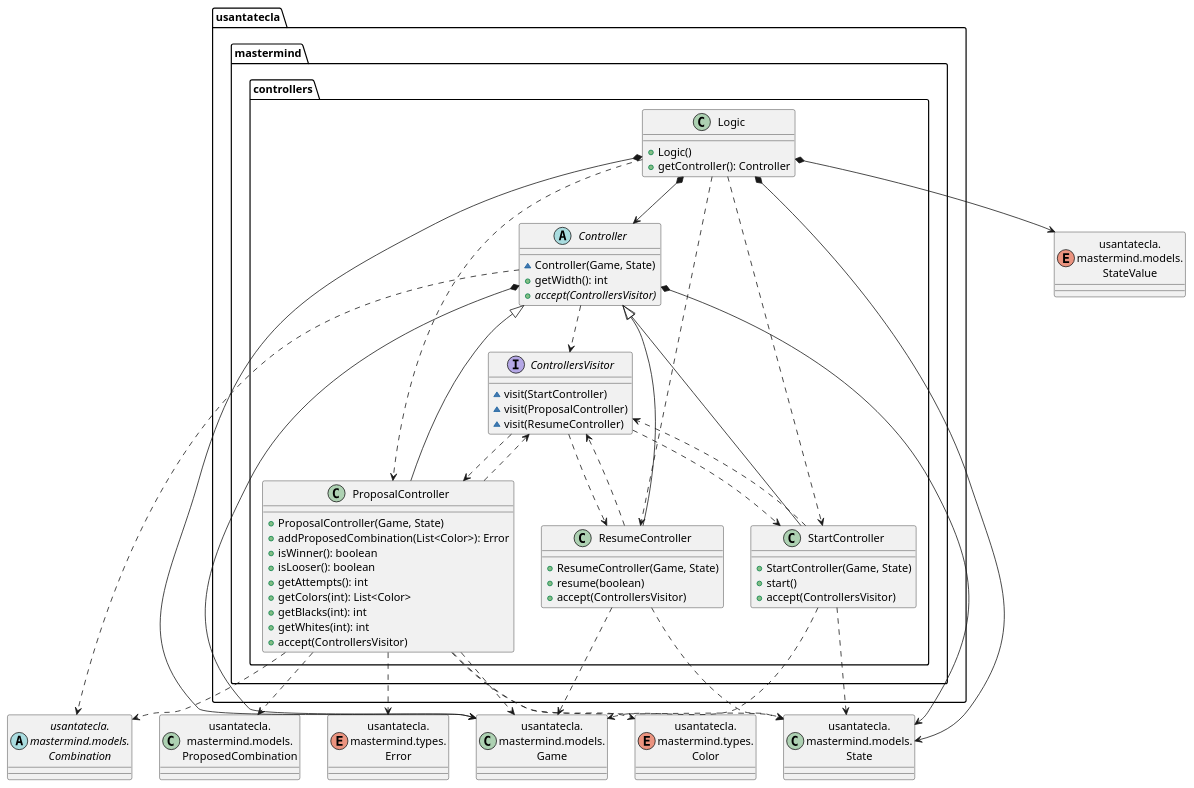
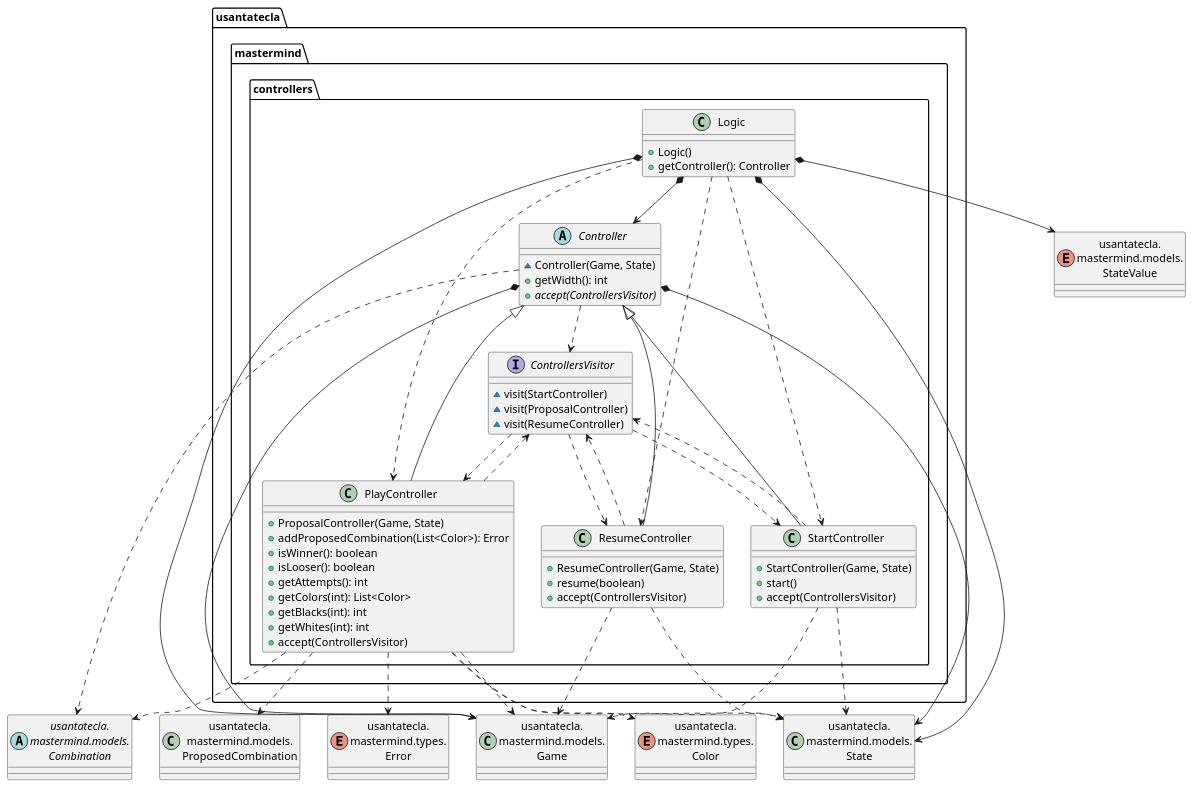
One commit to SantaTecla-mastermind/solution.java.swing.socket.sql changed the fourth of 7 diagrams in modelViewPresenter/presentationModel/withDoubleDispatching/docs/diagrams/src/paquetes.plantuml. Above: the diagram before and after it, drawn with PlantUML. The commit also changed 93 other files, not shown here.

```diff
--- a/modelViewPresenter/presentationModel/withDoubleDispatching/docs/diagrams/src/paquetes.plantuml
+++ b/modelViewPresenter/presentationModel/withDoubleDispatching/docs/diagrams/src/paquetes.plantuml
@@ -204,81 +204,81 @@
 @startuml usantatecla.mastermind.controllers
 abstract class Combination as "usantatecla.\nmastermind.models.\nCombination"
 class Game as "usantatecla.\nmastermind.models.\nGame"
 class State as "usantatecla.\nmastermind.models.\nState"
 class ProposedCombination as "usantatecla.\nmastermind.models.\nProposedCombination"
 enum StateValue as "usantatecla.\nmastermind.models.\nStateValue"
 enum Error as "usantatecla.\nmastermind.types.\nError"
 enum Color as "usantatecla.\nmastermind.types.\nColor"
 
 interface usantatecla.mastermind.controllers.ControllersVisitor {
     ~ visit(StartController)
     ~ visit(ProposalController)
     ~ visit(ResumeController)
 }
 usantatecla.mastermind.controllers.ControllersVisitor .down.> usantatecla.mastermind.controllers.StartController
-usantatecla.mastermind.controllers.ControllersVisitor .down.> usantatecla.mastermind.controllers.ProposalController
+usantatecla.mastermind.controllers.ControllersVisitor .down.> usantatecla.mastermind.controllers.PlayController
 usantatecla.mastermind.controllers.ControllersVisitor .down.> usantatecla.mastermind.controllers.ResumeController
 
 abstract class  usantatecla.mastermind.controllers.Controller{
     ~ Controller(Game, State)
     + getWidth(): int
     + {abstract} accept(ControllersVisitor)
 }
 usantatecla.mastermind.controllers.Controller *-down-> Game
 usantatecla.mastermind.controllers.Controller *-down-> State
 usantatecla.mastermind.controllers.Controller .down.> Combination
 usantatecla.mastermind.controllers.Controller .down.> usantatecla.mastermind.controllers.ControllersVisitor
 
 class  usantatecla.mastermind.controllers.Logic{
     + Logic()
     + getController(): Controller
 }
 usantatecla.mastermind.controllers.Logic *-down-> usantatecla.mastermind.controllers.Controller
 usantatecla.mastermind.controllers.Logic *-down-> Game
 usantatecla.mastermind.controllers.Logic *-down-> State
 usantatecla.mastermind.controllers.Logic *-down-> StateValue
 usantatecla.mastermind.controllers.Logic .down.> usantatecla.mastermind.controllers.ResumeController
 usantatecla.mastermind.controllers.Logic .down.> usantatecla.mastermind.controllers.StartController
-usantatecla.mastermind.controllers.Logic .down.> usantatecla.mastermind.controllers.ProposalController
+usantatecla.mastermind.controllers.Logic .down.> usantatecla.mastermind.controllers.PlayController
 
-class  usantatecla.mastermind.controllers.ProposalController{
+class  usantatecla.mastermind.controllers.PlayController{
     + ProposalController(Game, State)
     + addProposedCombination(List<Color>): Error
     + isWinner(): boolean
     + isLooser(): boolean
     + getAttempts(): int
     + getColors(int): List<Color>
     + getBlacks(int): int
     + getWhites(int): int
     + accept(ControllersVisitor)
 }
-usantatecla.mastermind.controllers.Controller <|-down- usantatecla.mastermind.controllers.ProposalController
-usantatecla.mastermind.controllers.ProposalController .down.> Combination
-usantatecla.mastermind.controllers.ProposalController .down.> Game
-usantatecla.mastermind.controllers.ProposalController .down.> State
-usantatecla.mastermind.controllers.ProposalController .down.> ProposedCombination
-usantatecla.mastermind.controllers.ProposalController .down.> Error
-usantatecla.mastermind.controllers.ProposalController .down.> Color
-usantatecla.mastermind.controllers.ProposalController .down.> usantatecla.mastermind.controllers.ControllersVisitor
+usantatecla.mastermind.controllers.Controller <|-down- usantatecla.mastermind.controllers.PlayController
+usantatecla.mastermind.controllers.PlayController .down.> Combination
+usantatecla.mastermind.controllers.PlayController .down.> Game
+usantatecla.mastermind.controllers.PlayController .down.> State
+usantatecla.mastermind.controllers.PlayController .down.> ProposedCombination
+usantatecla.mastermind.controllers.PlayController .down.> Error
+usantatecla.mastermind.controllers.PlayController .down.> Color
+usantatecla.mastermind.controllers.PlayController .down.> usantatecla.mastermind.controllers.ControllersVisitor
 
 class  usantatecla.mastermind.controllers.ResumeController{
     + ResumeController(Game, State)
     + resume(boolean)
     + accept(ControllersVisitor)
 }
 usantatecla.mastermind.controllers.Controller <|-down- usantatecla.mastermind.controllers.ResumeController
 usantatecla.mastermind.controllers.ResumeController .down.> Game
 usantatecla.mastermind.controllers.ResumeController .down.> State
 usantatecla.mastermind.controllers.ResumeController .down.> usantatecla.mastermind.controllers.ControllersVisitor
 
 class  usantatecla.mastermind.controllers.StartController{
     + StartController(Game, State)
     + start()
     + accept(ControllersVisitor)
 }
 usantatecla.mastermind.controllers.Controller <|-down- usantatecla.mastermind.controllers.StartController
 usantatecla.mastermind.controllers.StartController .down.> Game
 usantatecla.mastermind.controllers.StartController .down.> State
 usantatecla.mastermind.controllers.StartController .down.> usantatecla.mastermind.controllers.ControllersVisitor
 
 @enduml
```
